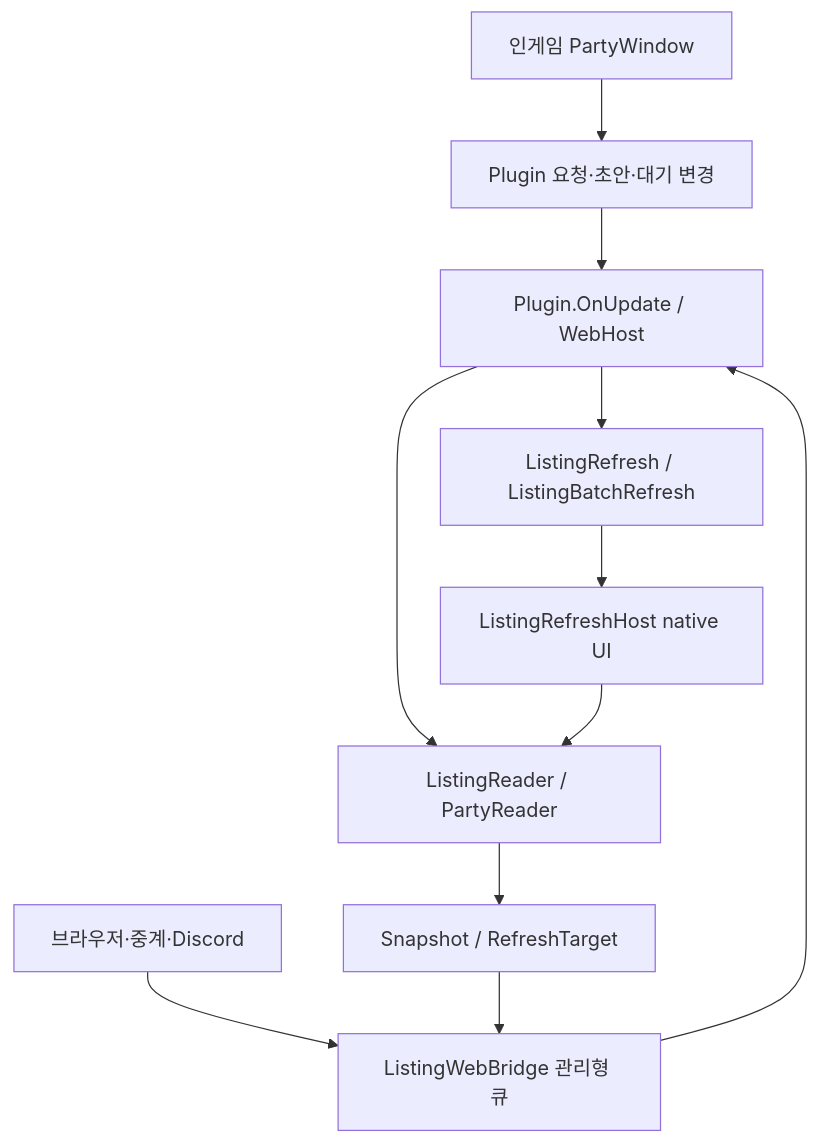
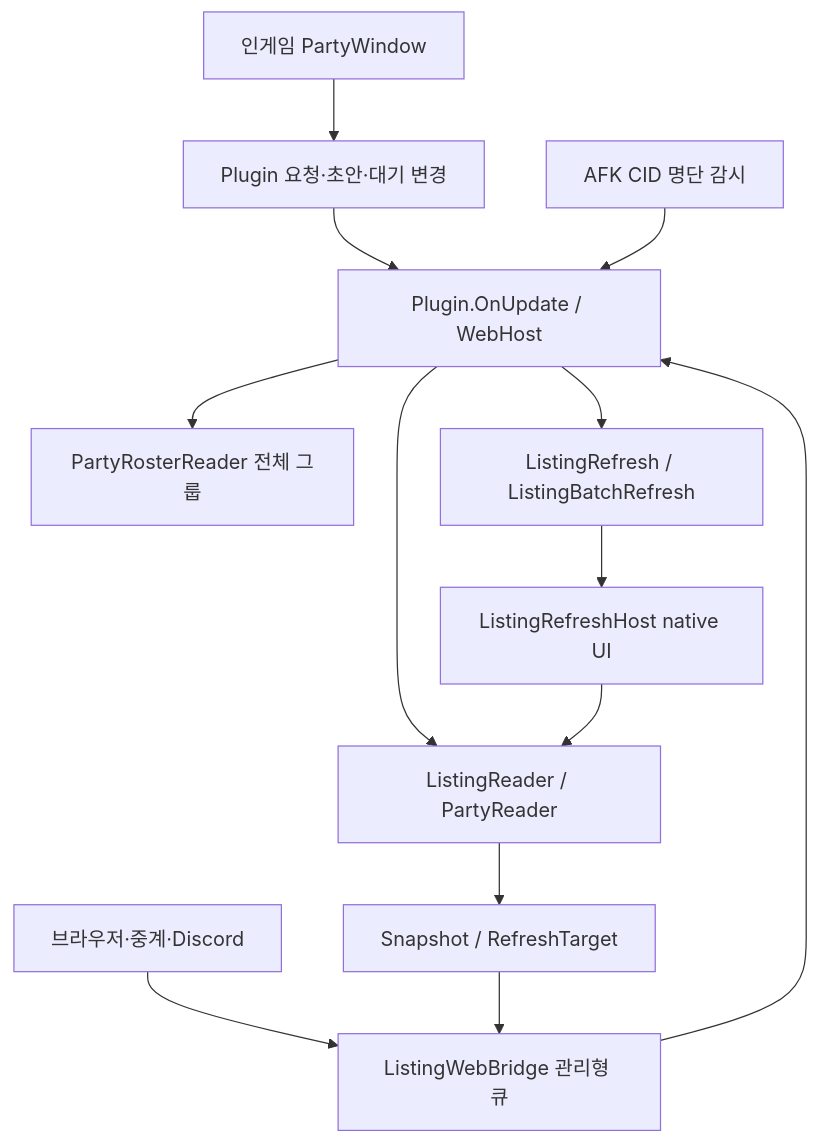
One commit to pressing7/PartyViewKR changed the diagram in docs/CODE_MAP.md. Above: the diagram before and after it, drawn with Mermaid. The commit also changed other lines of this file and 20 other files, not shown here.

Commit message:
Add AFK roster monitoring and automatic listing queries (0.3.48)

````diff
--- a/docs/CODE_MAP.md
+++ b/docs/CODE_MAP.md
@@ -32,13 +31,15 @@
 ```mermaid
 flowchart TD
   G["인게임 PartyWindow"] --> P["Plugin 요청·초안·대기 변경"]
   W["브라우저·중계·Discord"] --> B["ListingWebBridge 관리형 큐"]
   B --> F["Plugin.OnUpdate / WebHost"]
   P --> F
+  A["AFK CID 명단 감시"] --> F
+  F --> C["PartyRosterReader 전체 그룹"]
   F --> R["ListingReader / PartyReader"]
   F --> S["ListingRefresh / ListingBatchRefresh"]
   S --> H["ListingRefreshHost native UI"]
   H --> R
   R --> V["Snapshot / RefreshTarget"]
   V --> B
 ```
````
